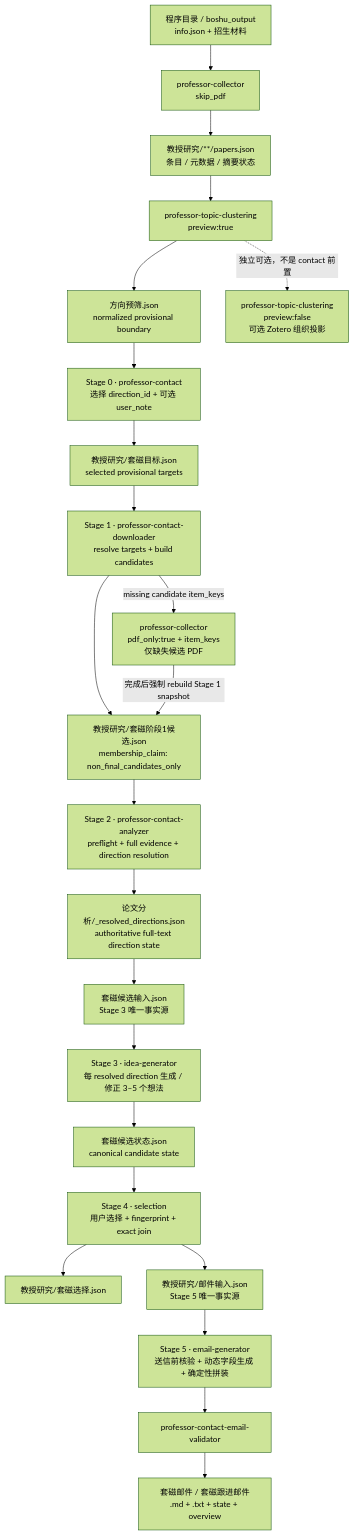
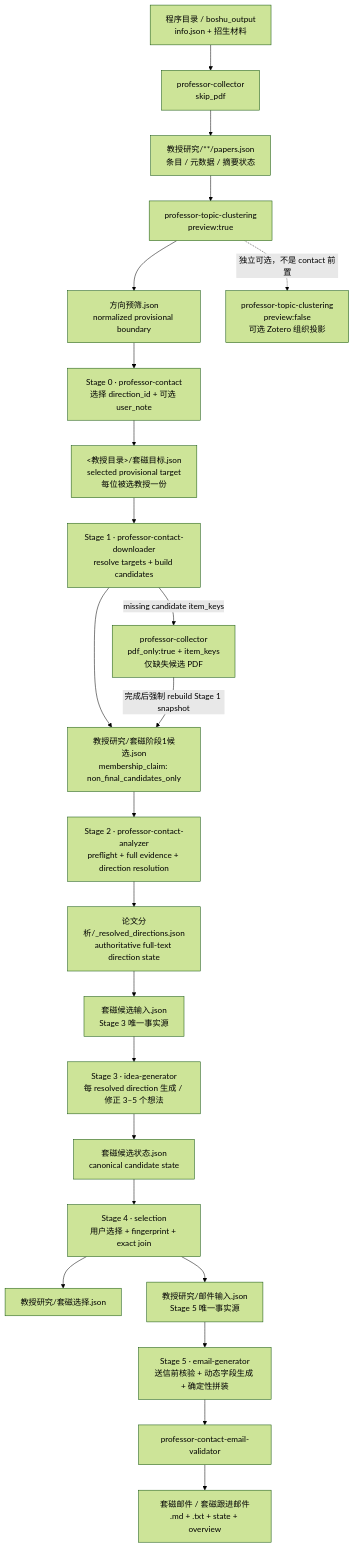
The first of 10 diagrams in .apm/skills/professor-contact/docs/workflow-reference.md (ScholarWorkflow/professor-contact), drawn with Mermaid (forest theme) before and after one commit. The commit also changed other lines of this file and 27 other files, not shown here.

````diff
--- a/.apm/skills/professor-contact/docs/workflow-reference.md
+++ b/.apm/skills/professor-contact/docs/workflow-reference.md
@@ -21,40 +21,40 @@
 ```mermaid
 flowchart TD
     BO["程序目录 / boshu_output<br/>info.json + 招生材料"]
     C0["professor-collector<br/>skip_pdf"]
     PAPERS["教授研究/**/papers.json<br/>条目 / 元数据 / 摘要状态"]
     PRE["professor-topic-clustering<br/>preview:true"]
     PJ["方向预筛.json<br/>normalized provisional boundary"]
 
     S0["Stage 0 · professor-contact<br/>选择 direction_id + 可选 user_note"]
-    TARGET["教授研究/套磁目标.json<br/>selected provisional targets"]
+    TARGET["<教授目录>/套磁目标.json<br/>selected provisional target<br/>每位被选教授一份"]
 
     S1["Stage 1 · professor-contact-downloader<br/>resolve targets + build candidates"]
     CAND["教授研究/套磁阶段1候选.json<br/>membership_claim: non_final_candidates_only"]
     FILL["professor-collector<br/>pdf_only:true + item_keys<br/>仅缺失候选 PDF"]
 
     S2["Stage 2 · professor-contact-analyzer<br/>preflight + full evidence + direction resolution"]
     RD["论文分析/_resolved_directions.json<br/>authoritative full-text direction state"]
     INPUT["套磁候选输入.json<br/>Stage 3 唯一事实源"]
 
     S3["Stage 3 · idea-generator<br/>每 resolved direction 生成 / 修正 3–5 个想法"]
     STATE3["套磁候选状态.json<br/>canonical candidate state"]
 
     S4["Stage 4 · selection<br/>用户选择 + fingerprint + exact join"]
     SEL["教授研究/套磁选择.json"]
     MAIL["教授研究/邮件输入.json<br/>Stage 5 唯一事实源"]
 
     S5["Stage 5 · email-generator<br/>送信前核验 + 动态字段生成 + 确定性拼装"]
     VAL["professor-contact-email-validator"]
     OUT["套磁邮件 / 套磁跟进邮件<br/>.md + .txt + state + overview"]
 
     FORMAL["professor-topic-clustering<br/>preview:false<br/>可选 Zotero 组织投影"]
 
     BO --> C0 --> PAPERS --> PRE --> PJ --> S0 --> TARGET --> S1 --> CAND
     S1 -->|"missing candidate item_keys"| FILL
     FILL -->|"完成后强制 rebuild Stage 1 snapshot"| CAND
     CAND --> S2 --> RD --> INPUT --> S3 --> STATE3 --> S4
     S4 --> SEL
     S4 --> MAIL --> S5 --> VAL --> OUT
     PRE -.->|"独立可选，不是 contact 前置"| FORMAL
 ```
````
